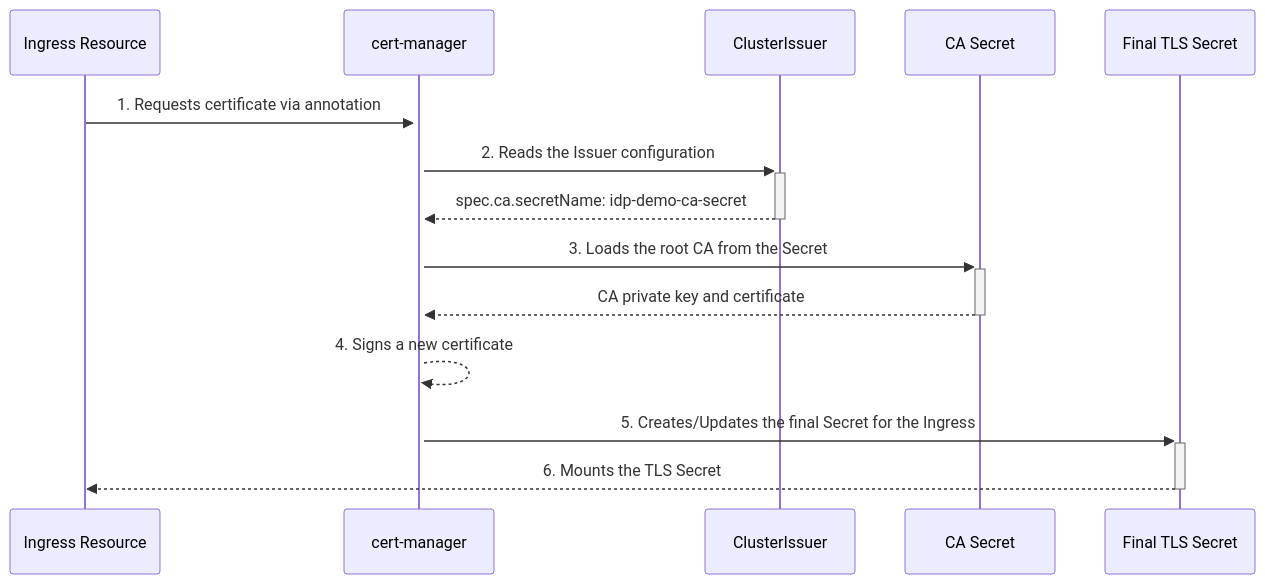
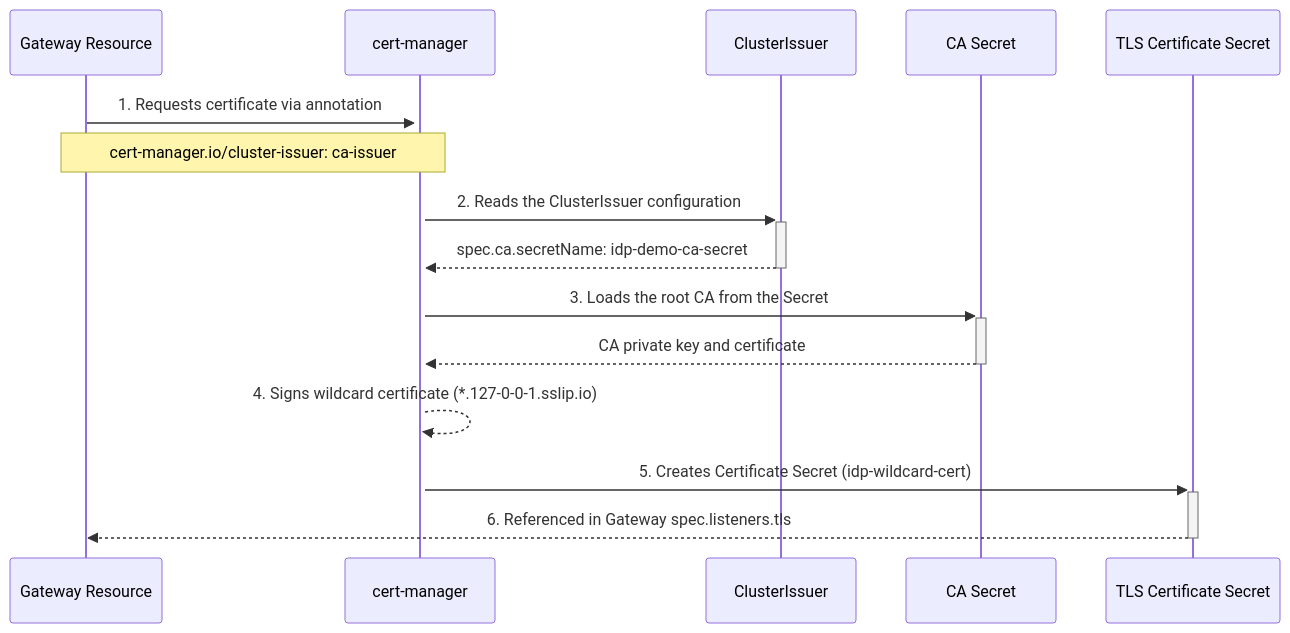
The fourth of 10 diagrams in ARCHITECTURE_VISUAL.md (rou-cru/idp-blueprint), drawn with Mermaid before and after one commit. The commit also changed other lines of this file and 2 other files, not shown here.

````diff
--- a/ARCHITECTURE_VISUAL.md
+++ b/ARCHITECTURE_VISUAL.md
@@ -124,17 +217,18 @@
 ```mermaid
 sequenceDiagram
-    participant I as Ingress Resource
+    participant GW as Gateway Resource
     participant CM as cert-manager
     participant CI as ClusterIssuer
     participant CAS as CA Secret
-    participant FinalTLS as Final TLS Secret
+    participant FinalTLS as TLS Certificate Secret
 
-    I->>+CM: 1. Requests certificate via annotation
-    CM->>+CI: 2. Reads the Issuer configuration
+    GW->>+CM: 1. Requests certificate via annotation
+    Note over GW,CM: cert-manager.io/cluster-issuer: ca-issuer
+    CM->>+CI: 2. Reads the ClusterIssuer configuration
     CI-->>-CM: spec.ca.secretName: idp-demo-ca-secret
     CM->>+CAS: 3. Loads the root CA from the Secret
     CAS-->>-CM: CA private key and certificate
-    CM-->>CM: 4. Signs a new certificate
-    CM->>+FinalTLS: 5. Creates/Updates the final Secret for the Ingress
-    FinalTLS-->>-I: 6. Mounts the TLS Secret
+    CM-->>CM: 4. Signs wildcard certificate (*.127-0-0-1.sslip.io)
+    CM->>+FinalTLS: 5. Creates Certificate Secret (idp-wildcard-cert)
+    FinalTLS-->>-GW: 6. Referenced in Gateway spec.listeners.tls
 ```
````
